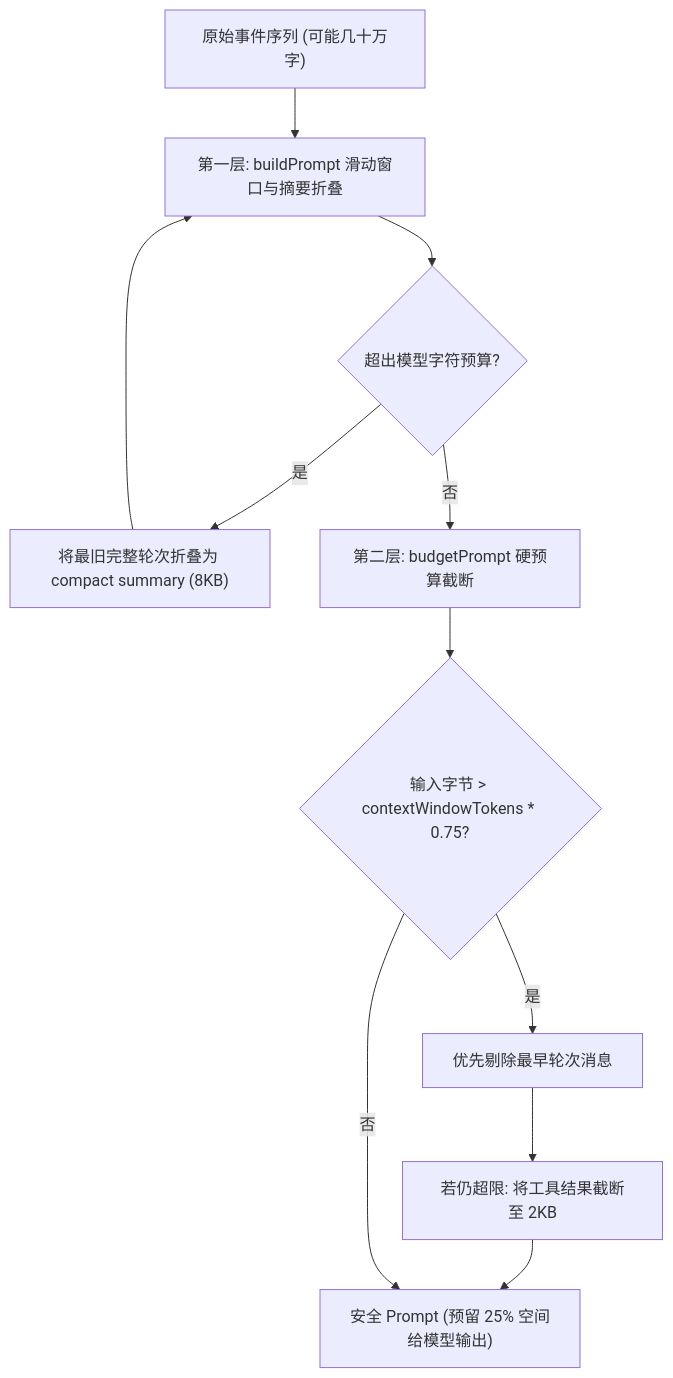
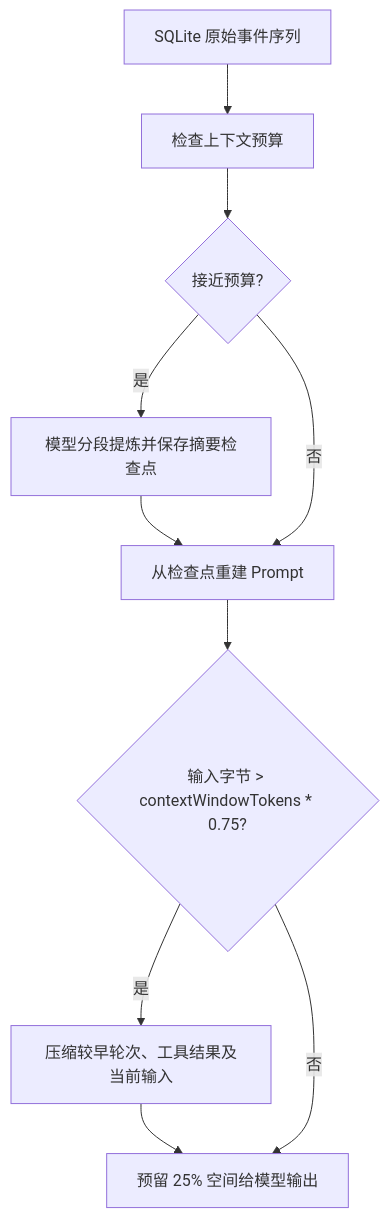
Before and after one commit to MichaelAbel1/Bruin: the fourth of 4 diagrams in docs/INTRODUCTION.md, drawn with Mermaid. The commit also changed other lines of this file and 14 other files, not shown here.

````diff
--- a/docs/INTRODUCTION.md
+++ b/docs/INTRODUCTION.md
@@ -259,13 +259,12 @@
 ```mermaid
 flowchart TD
-    RawEvents["原始事件序列 (可能几十万字)"] --> Layer1["第一层: buildPrompt 滑动窗口与摘要折叠"]
-    Layer1 --> CheckChars{"超出模型字符预算?"}
-    CheckChars -- 是 --> FoldSummary["将最旧完整轮次折叠为 compact summary (8KB)"]
-    FoldSummary --> Layer1
-    CheckChars -- 否 --> Layer2["第二层: budgetPrompt 硬预算截断"]
+    RawEvents["SQLite 原始事件序列"] --> Layer1["检查上下文预算"]
+    Layer1 --> CheckChars{"接近预算?"}
+    CheckChars -- 是 --> FoldSummary["模型分段提炼并保存摘要检查点"]
+    FoldSummary --> Layer2["从检查点重建 Prompt"]
+    CheckChars -- 否 --> Layer2
     Layer2 --> CheckTokens{"输入字节 > contextWindowTokens * 0.75?"}
-    CheckTokens -- 是 --> PruneHistory["优先剔除最早轮次消息"]
-    PruneHistory --> TruncateTools["若仍超限: 将工具结果截断至 2KB"]
-    TruncateTools --> FinalPrompt["安全 Prompt (预留 25% 空间给模型输出)"]
+    CheckTokens -- 是 --> PruneHistory["压缩较早轮次、工具结果及当前输入"]
+    PruneHistory --> FinalPrompt["预留 25% 空间给模型输出"]
     CheckTokens -- 否 --> FinalPrompt
 ```
````
